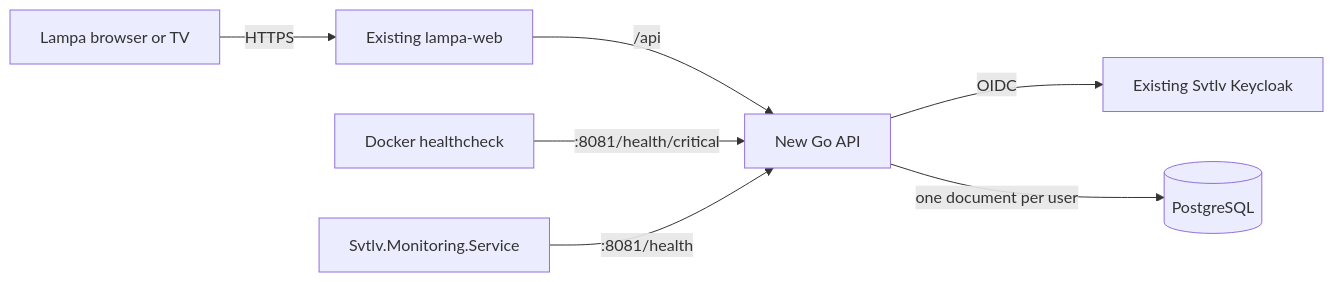
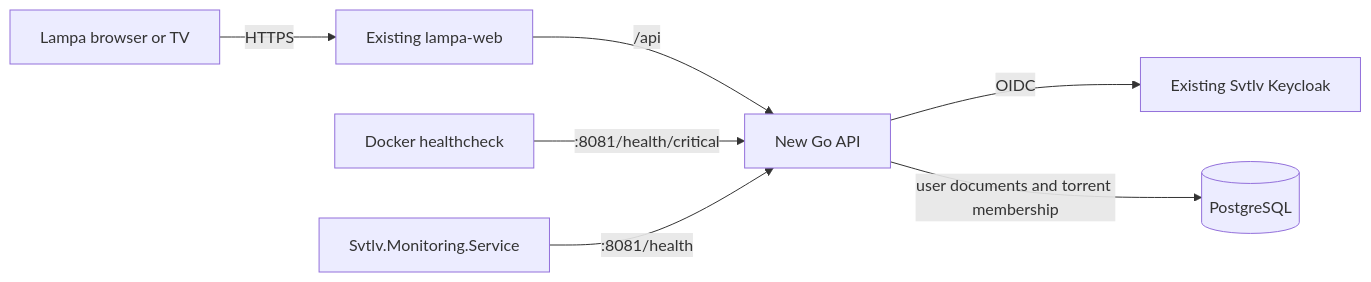
The diagram in docs/settings-sync-backend-design.md (SvetlovA/lampa), drawn with Mermaid before and after one commit. The commit also changed other lines of this file and 2387 other files, not shown here.

````diff
--- a/docs/settings-sync-backend-design.md
+++ b/docs/settings-sync-backend-design.md
@@ -52,9 +56,9 @@
 ```mermaid
 flowchart LR
     L[Lampa browser or TV] -->|HTTPS| W[Existing lampa-web]
     W -->|/api| A[New Go API]
     A -->|OIDC| K[Existing Svtlv Keycloak]
-    A -->|one document per user| P[(PostgreSQL)]
+    A -->|user documents and torrent membership| P[(PostgreSQL)]
     D[Docker healthcheck] -->|:8081/health/critical| A
     M[Svtlv.Monitoring.Service] -->|:8081/health| A
 ```
````
